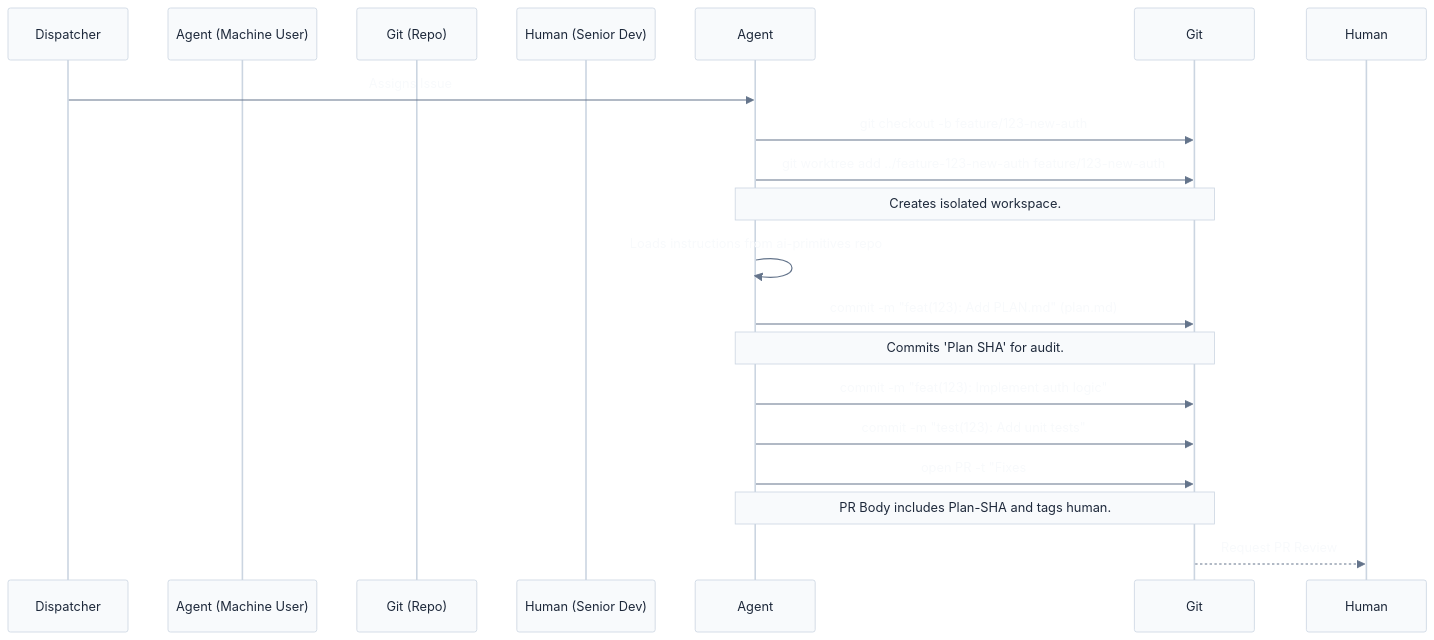
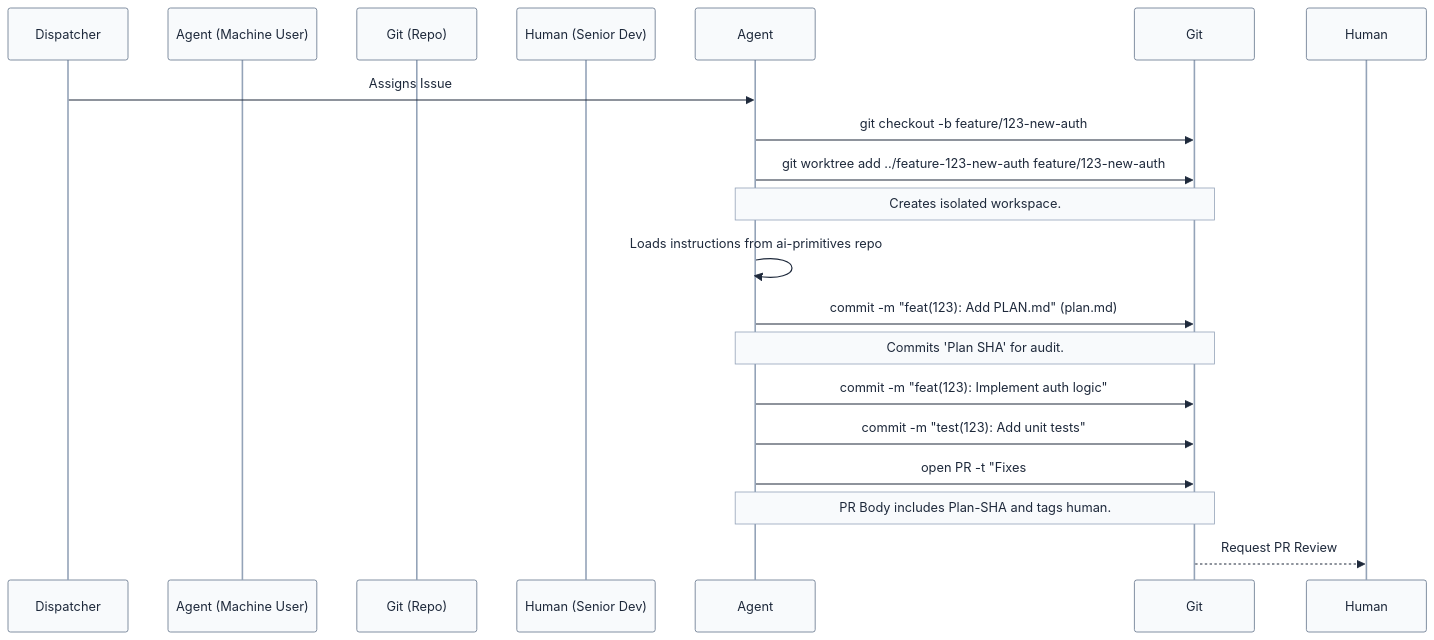
One commit to donbr/github-agentic-om changed the sixth of 8 diagrams in github-native-operating-model.md. Above: the diagram before and after it, drawn with Mermaid. The commit also changed other lines of this file, not shown here.

Commit message:
update mermaid diagrams based on wcag

````diff
--- a/github-native-operating-model.md
+++ b/github-native-operating-model.md
@@ -385,21 +385,21 @@
 ```mermaid
-%%{init: {"theme":"base", "themeVariables": {"primaryColor":"#f8fafc","primaryTextColor":"#1e293b","primaryBorderColor":"#cbd5e1","signalColor":"#64748b","signalTextColor":"#f8fafc","noteBkgColor":"#f8fafc","noteTextColor":"#1e293b","noteBorderColor":"#cbd5e1"}}}%%
-sequenceDiagram  
-    participant Dispatcher  
-    participant Agent (Machine User)  
-    participant Git (Repo)  
+%%{init: {"theme":"base", "themeVariables": {"primaryColor":"#E0E7FF","primaryTextColor":"#1E293B","primaryBorderColor":"#64748B","signalColor":"#1E293B","signalTextColor":"#1E293B","actorLineColor":"#94A3B8","actorBkg":"#F8FAFC","actorBorder":"#64748B","actorTextColor":"#1E293B","labelBoxBkgColor":"#F8FAFC","labelTextColor":"#1E293B","activationBorderColor":"#64748B","activationBkgColor":"#F8FAFC","noteBkgColor":"#F8FAFC","noteTextColor":"#1E293B","noteBorderColor":"#94A3B8"}}}%%
+sequenceDiagram
+    participant Dispatcher
+    participant Agent (Machine User)
+    participant Git (Repo)
     participant Human (Senior Dev)
 
     Dispatcher->>Agent: Assigns Issue #123
     Agent->>Git: git checkout -b feature/123-new-auth
     Agent->>Git: git worktree add ../feature-123-new-auth feature/123-new-auth
     Note over Agent,Git: Creates isolated workspace.
     Agent->>Agent: Loads instructions from ai-primitives repo
     Agent->>Git: commit -m "feat(123): Add PLAN.md" (plan.md)
     Note over Agent,Git: Commits 'Plan SHA' for audit.
     Agent->>Git: commit -m "feat(123): Implement auth logic"
     Agent->>Git: commit -m "test(123): Add unit tests"
-    Agent->>Git: open PR -t "Fixes #123" -b "..."  
-    Note over Agent,Git: PR Body includes Plan-SHA and tags human.  
+    Agent->>Git: open PR -t "Fixes #123" -b "..."
+    Note over Agent,Git: PR Body includes Plan-SHA and tags human.
     Git-->>Human: Request PR Review
 ```
````
